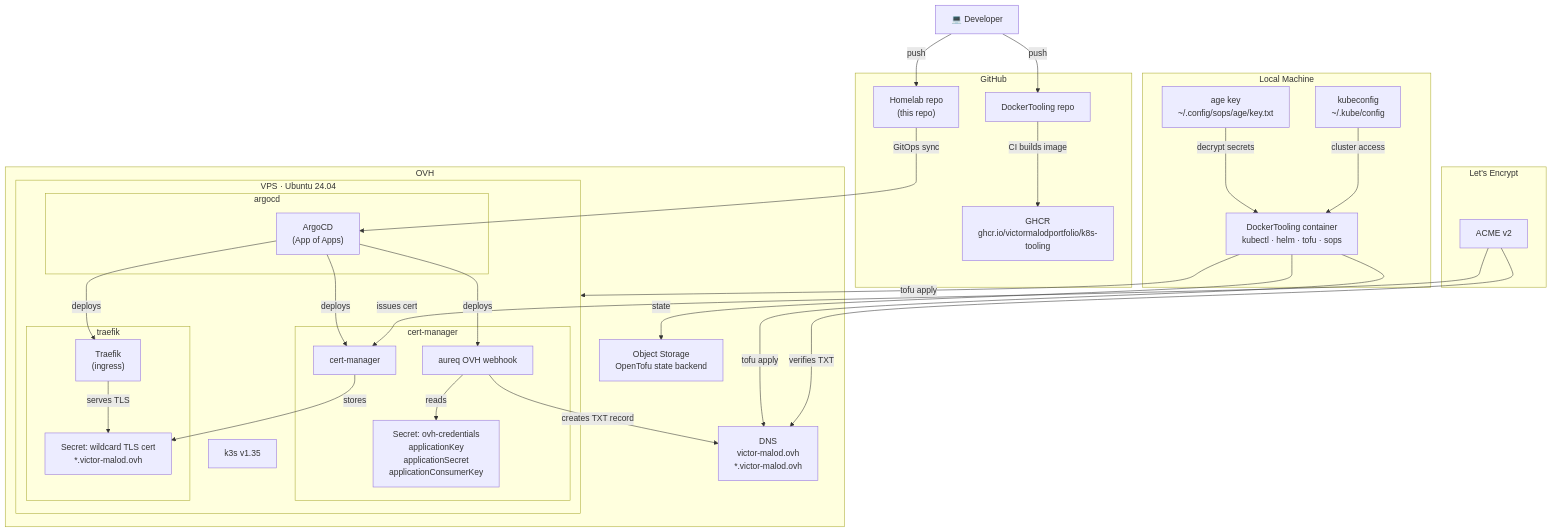
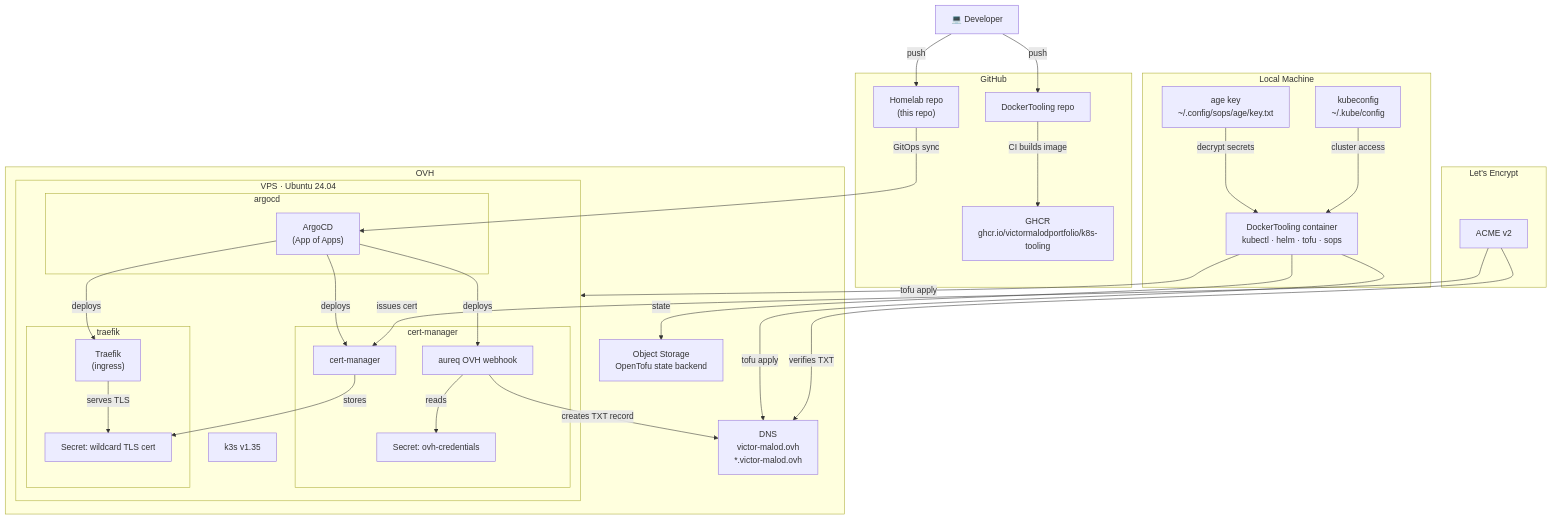
The diagram in README.md (VictorMalodPortfolio/Homelab), drawn with Mermaid before and after one commit.

Commit message:
docs: remove secret field names from architecture diagram

````diff
--- a/README.md
+++ b/README.md
@@ -7,65 +7,65 @@
 ```mermaid
 graph TD
     dev["💻 Developer"]
 
     subgraph local["Local Machine"]
         tooling["DockerTooling container\nkubectl · helm · tofu · sops"]
         age["age key\n~/.config/sops/age/key.txt"]
         kubeconfig["kubeconfig\n~/.kube/config"]
     end
 
     subgraph github["GitHub"]
         homelab_repo["Homelab repo\n(this repo)"]
         docker_repo["DockerTooling repo"]
         ghcr["GHCR\nghcr.io/victormalodportfolio/k8s-tooling"]
     end
 
     subgraph ovh["OVH"]
         dns["DNS\nvictor-malod.ovh\n*.victor-malod.ovh"]
         s3["Object Storage\nOpenTofu state backend"]
 
         subgraph vps["VPS · Ubuntu 24.04"]
             k3s["k3s v1.35"]
 
             subgraph argocd_ns["argocd"]
                 argocd["ArgoCD\n(App of Apps)"]
             end
 
             subgraph cert_manager_ns["cert-manager"]
                 cert_manager["cert-manager"]
                 webhook["aureq OVH webhook"]
-                ovh_secret["Secret: ovh-credentials\napplicationKey\napplicationSecret\napplicationConsumerKey"]
+                ovh_secret["Secret: ovh-credentials"]
             end
 
             subgraph traefik_ns["traefik"]
                 traefik["Traefik\n(ingress)"]
-                tls_secret["Secret: wildcard TLS cert\n*.victor-malod.ovh"]
+                tls_secret["Secret: wildcard TLS cert"]
             end
         end
     end
 
     subgraph letsencrypt["Let's Encrypt"]
         acme["ACME v2"]
     end
 
     dev -->|"push"| homelab_repo
     dev -->|"push"| docker_repo
     docker_repo -->|"CI builds image"| ghcr
     homelab_repo -->|"GitOps sync"| argocd
     argocd -->|"deploys"| cert_manager
     argocd -->|"deploys"| webhook
     argocd -->|"deploys"| traefik
 
     tooling -->|"tofu apply"| vps
     tooling -->|"tofu apply"| dns
     tooling -->|"state"| s3
     age -->|"decrypt secrets"| tooling
     kubeconfig -->|"cluster access"| tooling
 
     webhook -->|"reads"| ovh_secret
     webhook -->|"creates TXT record"| dns
     acme -->|"verifies TXT"| dns
     acme -->|"issues cert"| cert_manager
     cert_manager -->|"stores"| tls_secret
     traefik -->|"serves TLS"| tls_secret
 ```
````
